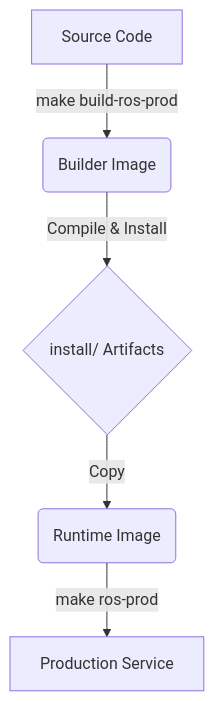
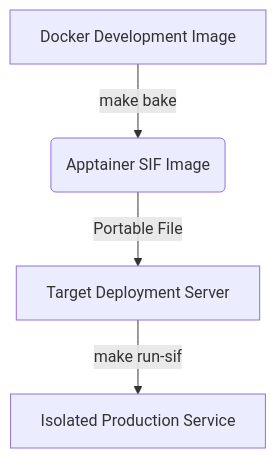
One commit to Lee-hwansoo/DevKit changed the third of 4 diagrams in README.md. Above: the diagram before and after it, drawn with Mermaid. The commit also changed other lines of this file and 29 other files, not shown here.

````diff
--- a/README.md
+++ b/README.md
@@ -491,7 +526,6 @@
 ```mermaid
 graph TD
-    A[Source Code] -->|make build-ros-prod| B(Builder Image)
-    B -->|Compile & Install| C{install/ Artifacts}
-    C -->|Copy| D(Runtime Image)
-    D -->|make ros-prod| E[Production Service]
+    A[Docker Development Image] -->|make bake| B(Apptainer SIF Image)
+    B -->|Portable File| C[Target Deployment Server]
+    C -->|make run-sif| D[Isolated Production Service]
 ```
````
